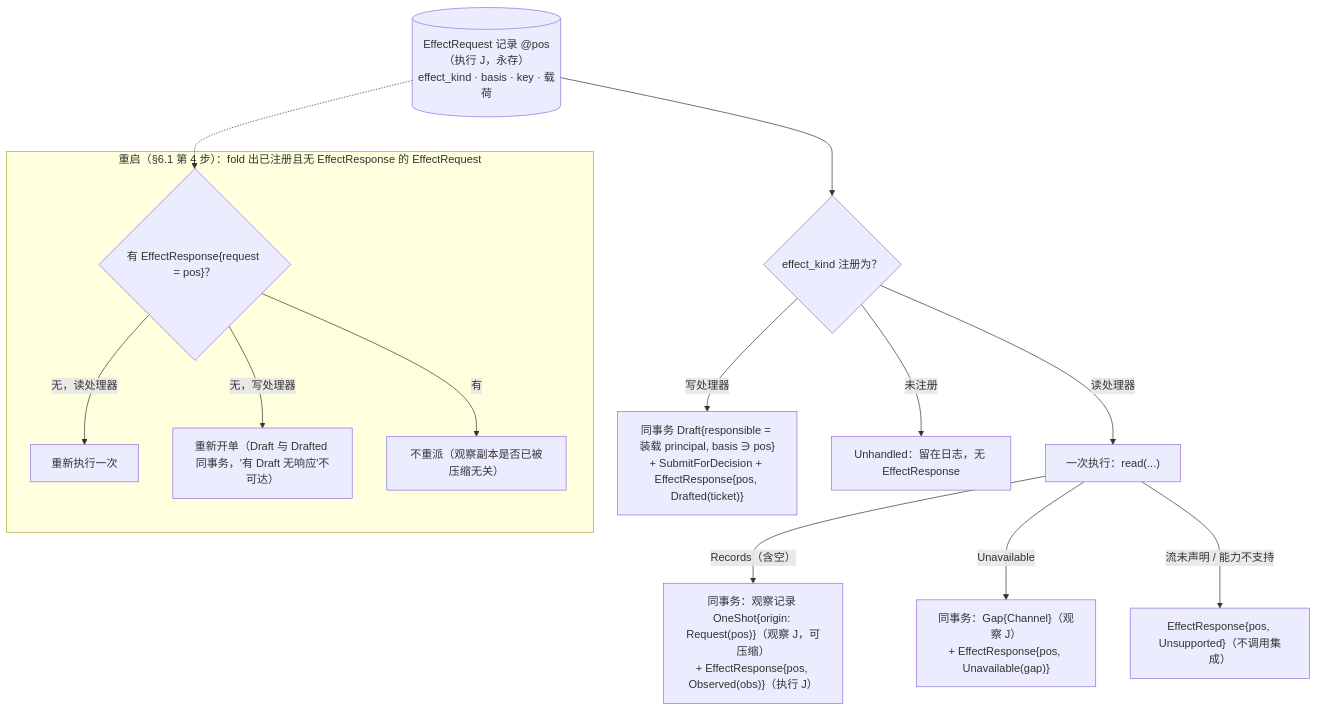
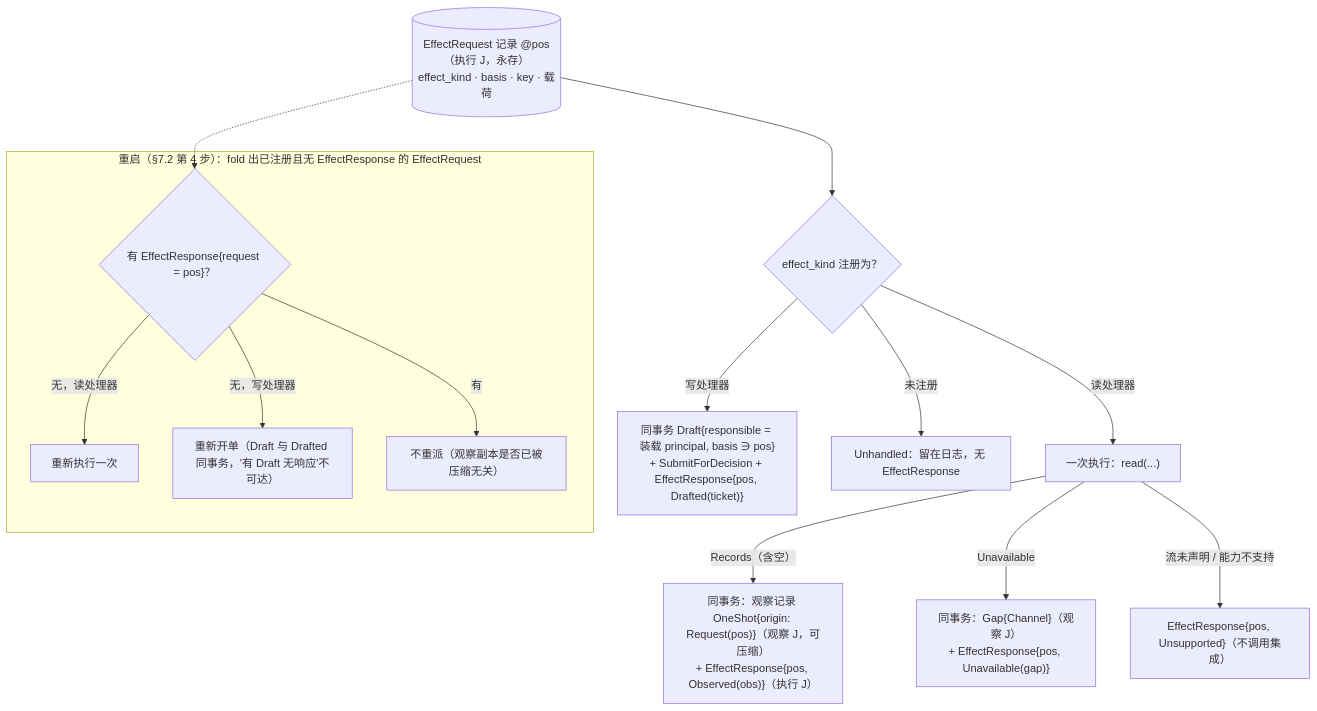
Before and after one commit to mouriya-s-lab/uta: the third of 3 diagrams in design/diagrams/04-program-host.md, drawn with Mermaid. The commit also changed other lines of this file and 24 other files, not shown here.

````diff
--- a/design/diagrams/04-program-host.md
+++ b/design/diagrams/04-program-host.md
@@ -96,19 +97,19 @@
 ```mermaid
 flowchart TB
   ER[("EffectRequest 记录 @pos（执行 J，永存）<br/>effect_kind · basis · key · 载荷")]
   REG{"effect_kind 注册为？"}
   ER --> REG
   REG -->|"读处理器"| RD["一次执行：read(...)"]
   RD -->|"Records（含空）"| R1["同事务：观察记录 OneShot{origin: Request(pos)}（观察 J，可压缩）<br/>+ EffectResponse{pos, Observed(obs)}（执行 J）"]
   RD -->|"Unavailable"| R2["同事务：Gap{Channel}（观察 J）<br/>+ EffectResponse{pos, Unavailable(gap)}"]
   RD -->|"流未声明 / 能力不支持"| R3["EffectResponse{pos, Unsupported}（不调用集成）"]
   REG -->|"写处理器"| WR["同事务 Draft{responsible = 装载 principal, basis ∋ pos}<br/>+ SubmitForDecision + EffectResponse{pos, Drafted(ticket)}"]
   REG -->|"未注册"| UH["Unhandled：留在日志，无 EffectResponse"]
-  subgraph RESTART["重启（§6.1 第 4 步）：fold 出已注册且无 EffectResponse 的 EffectRequest"]
+  subgraph RESTART["重启（§7.2 第 4 步）：fold 出已注册且无 EffectResponse 的 EffectRequest"]
     Q1{"有 EffectResponse{request = pos}？"}
     Q1 -->|"无，读处理器"| RD2["重新执行一次"]
     Q1 -->|"无，写处理器"| WR2["重新开单（Draft 与 Drafted 同事务，'有 Draft 无响应'不可达）"]
     Q1 -->|"有"| SKIP["不重派（观察副本是否已被压缩无关）"]
   end
   ER -.-> Q1
 ```
````
